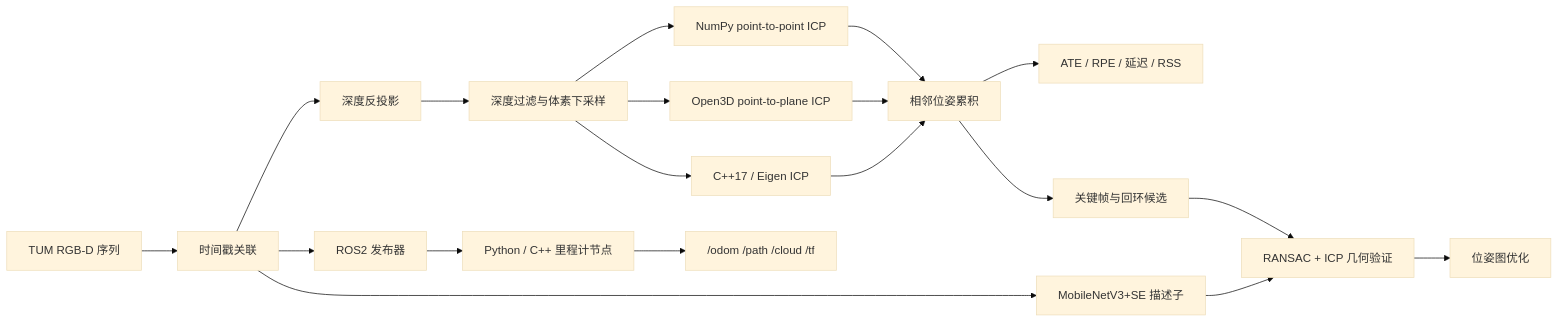
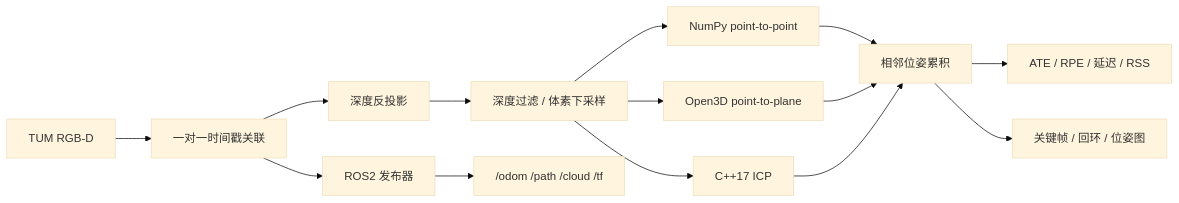
Before and after one commit to yang07-29/RGB-D: the diagram in README.md, drawn with Mermaid (base theme). The commit also changed other lines of this file and 60 other files, not shown here.

````diff
--- a/README.md
+++ b/README.md
@@ -65,21 +72,16 @@
 ```mermaid
 flowchart LR
-    A["TUM RGB-D 序列"] --> B["时间戳关联"]
+    A["TUM RGB-D"] --> B["一对一时间戳关联"]
     B --> C["深度反投影"]
-    C --> D["深度过滤与体素下采样"]
-    D --> E1["NumPy point-to-point ICP"]
-    D --> E2["Open3D point-to-plane ICP"]
-    D --> E3["C++17 / Eigen ICP"]
+    C --> D["深度过滤 / 体素下采样"]
+    D --> E1["NumPy point-to-point"]
+    D --> E2["Open3D point-to-plane"]
+    D --> E3["C++17 ICP"]
     E1 --> F["相邻位姿累积"]
     E2 --> F
     E3 --> F
     F --> G["ATE / RPE / 延迟 / RSS"]
-    F --> H["关键帧与回环候选"]
-    H --> I["RANSAC + ICP 几何验证"]
-    I --> J["位姿图优化"]
-    B --> K["MobileNetV3+SE 描述子"]
-    K --> I
-    B --> L["ROS2 发布器"]
-    L --> M["Python / C++ 里程计节点"]
-    M --> N["/odom /path /cloud /tf"]
+    F --> H["关键帧 / 回环 / 位姿图"]
+    B --> I["ROS2 发布器"]
+    I --> J["/odom /path /cloud /tf"]
 ```
````
